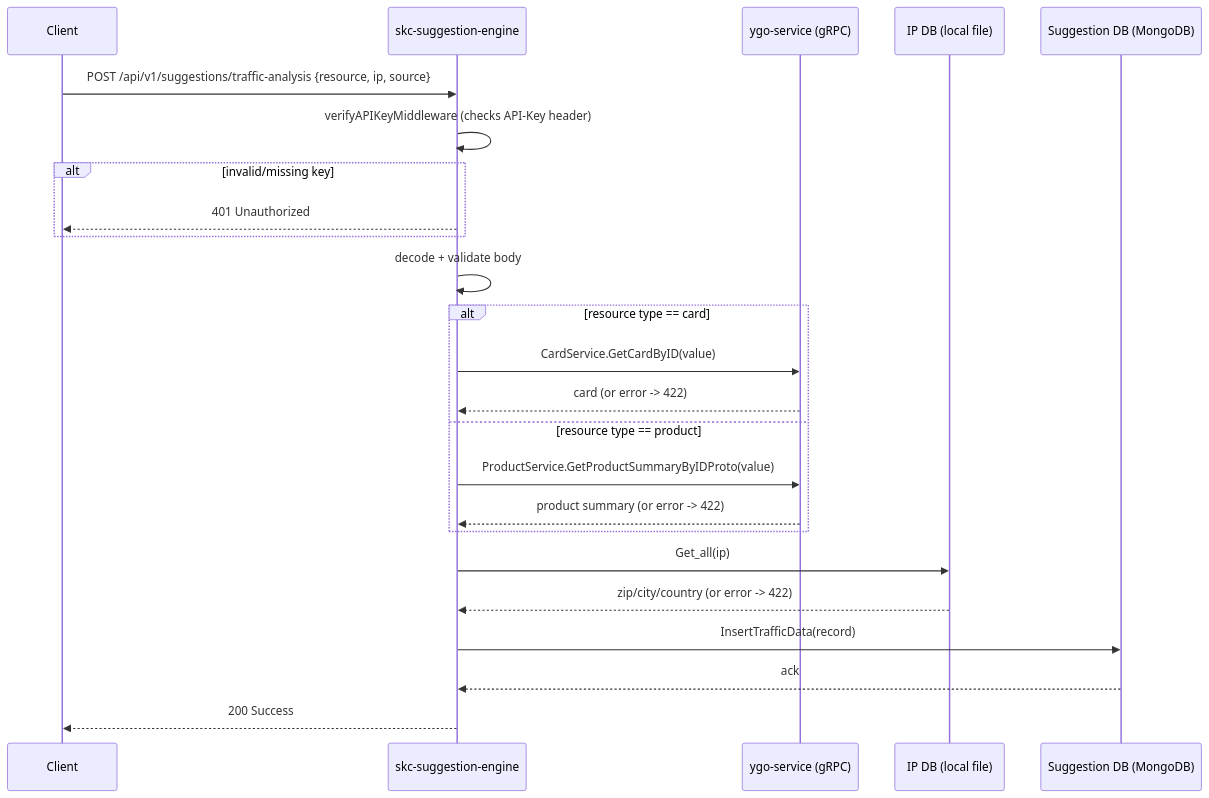
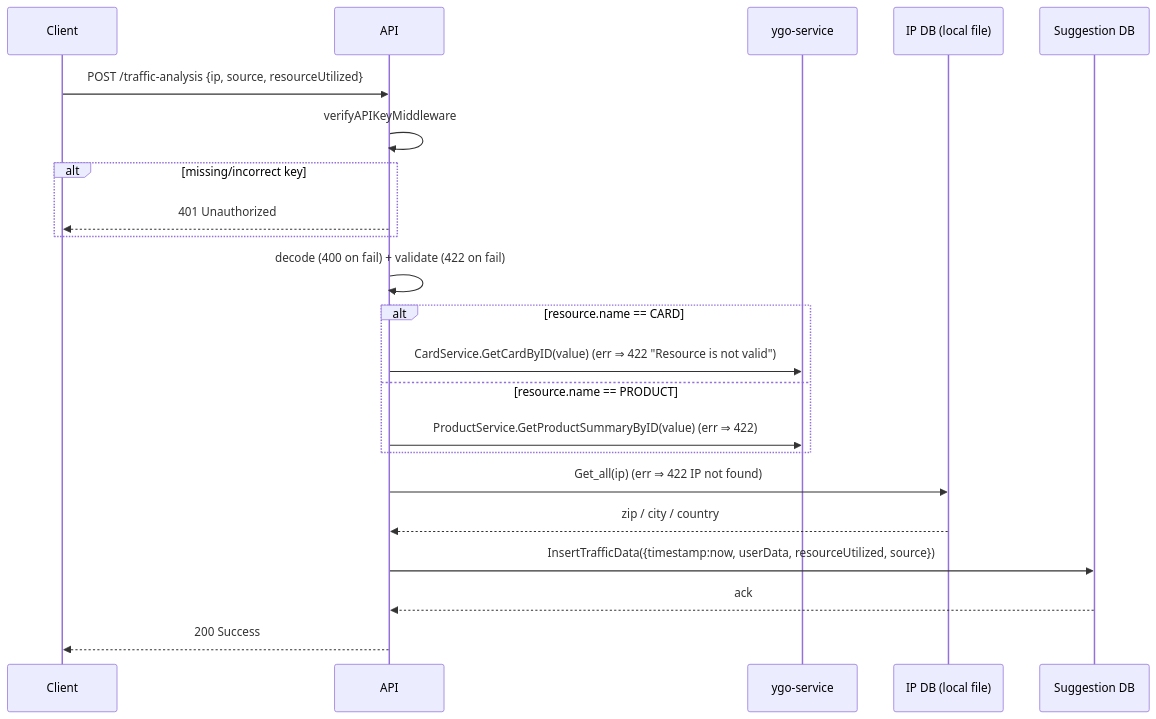
Diagram 13 of 14 in SYSTEM_DESIGN.md (ygo-skc/skc-suggestion-engine), drawn with Mermaid before and after one commit. The commit also changed other lines of this file, not shown here.

````diff
--- a/SYSTEM_DESIGN.md
+++ b/SYSTEM_DESIGN.md
@@ -313,27 +561,25 @@
 ```mermaid
 sequenceDiagram
     participant Client
-    participant API as skc-suggestion-engine
-    participant YGO as ygo-service (gRPC)
+    participant API
+    participant YGO as ygo-service
     participant IPDB as IP DB (local file)
-    participant DB as Suggestion DB (MongoDB)
+    participant DB as Suggestion DB
 
-    Client->>API: POST /api/v1/suggestions/traffic-analysis {resource, ip, source}
-    API->>API: verifyAPIKeyMiddleware (checks API-Key header)
-    alt invalid/missing key
+    Client->>API: POST /traffic-analysis {ip, source, resourceUtilized}
+    API->>API: verifyAPIKeyMiddleware
+    alt missing/incorrect key
         API-->>Client: 401 Unauthorized
     end
-    API->>API: decode + validate body
-    alt resource type == card
-        API->>YGO: CardService.GetCardByID(value)
-        YGO-->>API: card (or error -> 422)
-    else resource type == product
-        API->>YGO: ProductService.GetProductSummaryByIDProto(value)
-        YGO-->>API: product summary (or error -> 422)
+    API->>API: decode (400 on fail) + validate (422 on fail)
+    alt resource.name == CARD
+        API->>YGO: CardService.GetCardByID(value)      (err ⇒ 422 "Resource is not valid")
+    else resource.name == PRODUCT
+        API->>YGO: ProductService.GetProductSummaryByID(value)  (err ⇒ 422)
     end
-    API->>IPDB: Get_all(ip)
-    IPDB-->>API: zip/city/country (or error -> 422)
-    API->>DB: InsertTrafficData(record)
+    API->>IPDB: Get_all(ip)                              (err ⇒ 422 IP not found)
+    IPDB-->>API: zip / city / country
+    API->>DB: InsertTrafficData({timestamp:now, userData, resourceUtilized, source})
     DB-->>API: ack
     API-->>Client: 200 Success
 ```
````
